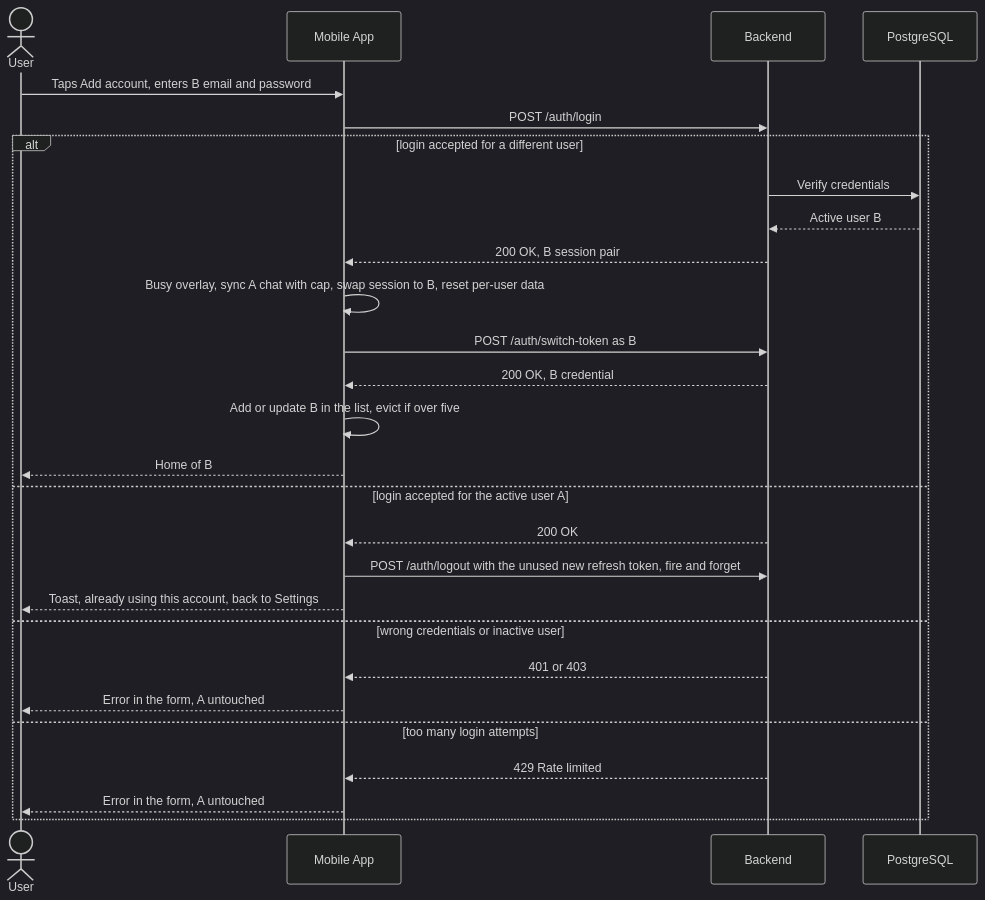
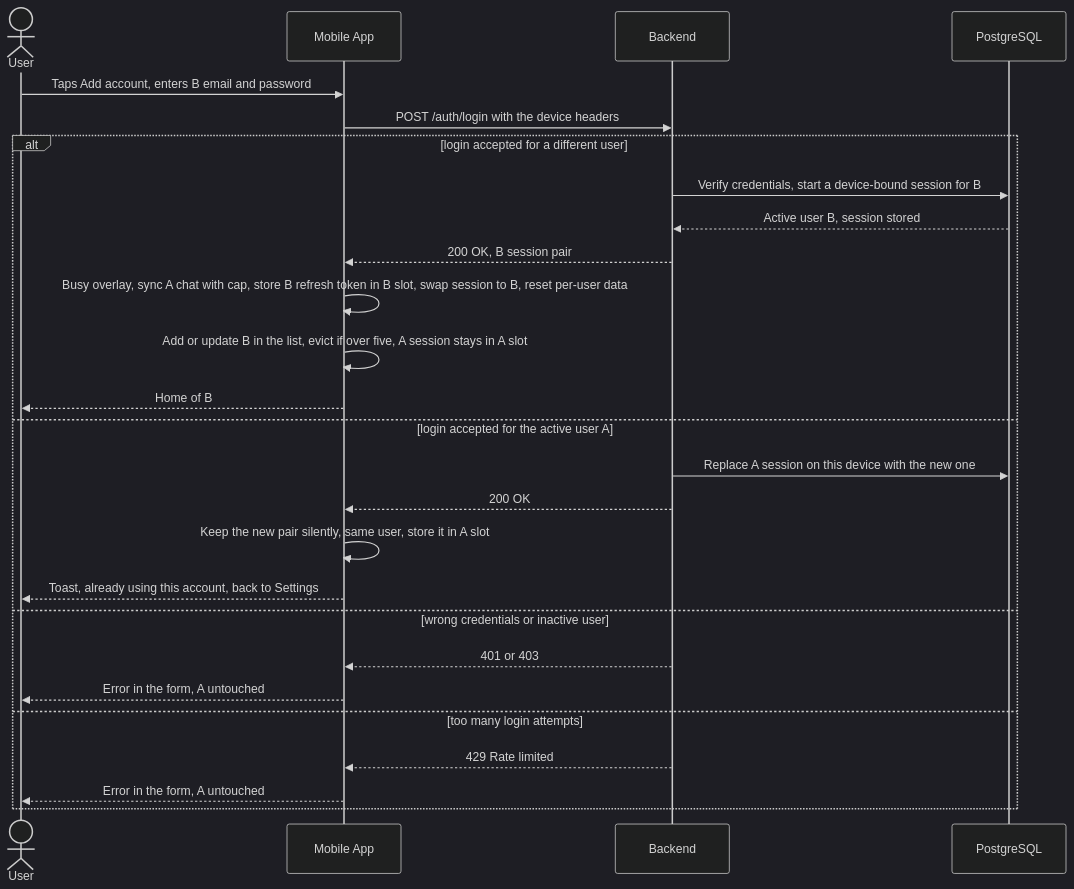
The third of 12 diagrams in specs/mobile-account-switch/plan.md (tommyledev-gif/pfm), drawn with Mermaid (dark theme) before and after one commit. The commit also changed other lines of this file and 115 other files, not shown here.

First line of the commit message:
feat: device-bound sessions, signed-in devices, change password, app lock

````diff
--- a/specs/mobile-account-switch/plan.md
+++ b/specs/mobile-account-switch/plan.md
@@ -338,30 +481,29 @@
 ```mermaid
 sequenceDiagram
     actor User
     participant App as Mobile App
     participant BE as Backend
     participant DB as PostgreSQL
 
     User->>App: Taps Add account, enters B email and password
-    App->>BE: POST /auth/login
+    App->>BE: POST /auth/login with the device headers
     alt login accepted for a different user
-        BE->>DB: Verify credentials
-        DB-->>BE: Active user B
+        BE->>DB: Verify credentials, start a device-bound session for B
+        DB-->>BE: Active user B, session stored
         BE-->>App: 200 OK, B session pair
-        App->>App: Busy overlay, sync A chat with cap, swap session to B, reset per-user data
-        App->>BE: POST /auth/switch-token as B
-        BE-->>App: 200 OK, B credential
-        App->>App: Add or update B in the list, evict if over five
+        App->>App: Busy overlay, sync A chat with cap, store B refresh token in B slot, swap session to B, reset per-user data
+        App->>App: Add or update B in the list, evict if over five, A session stays in A slot
         App-->>User: Home of B
     else login accepted for the active user A
+        BE->>DB: Replace A session on this device with the new one
         BE-->>App: 200 OK
-        App->>BE: POST /auth/logout with the unused new refresh token, fire and forget
+        App->>App: Keep the new pair silently, same user, store it in A slot
         App-->>User: Toast, already using this account, back to Settings
     else wrong credentials or inactive user
         BE-->>App: 401 or 403
         App-->>User: Error in the form, A untouched
     else too many login attempts
         BE-->>App: 429 Rate limited
         App-->>User: Error in the form, A untouched
     end
 ```
````
